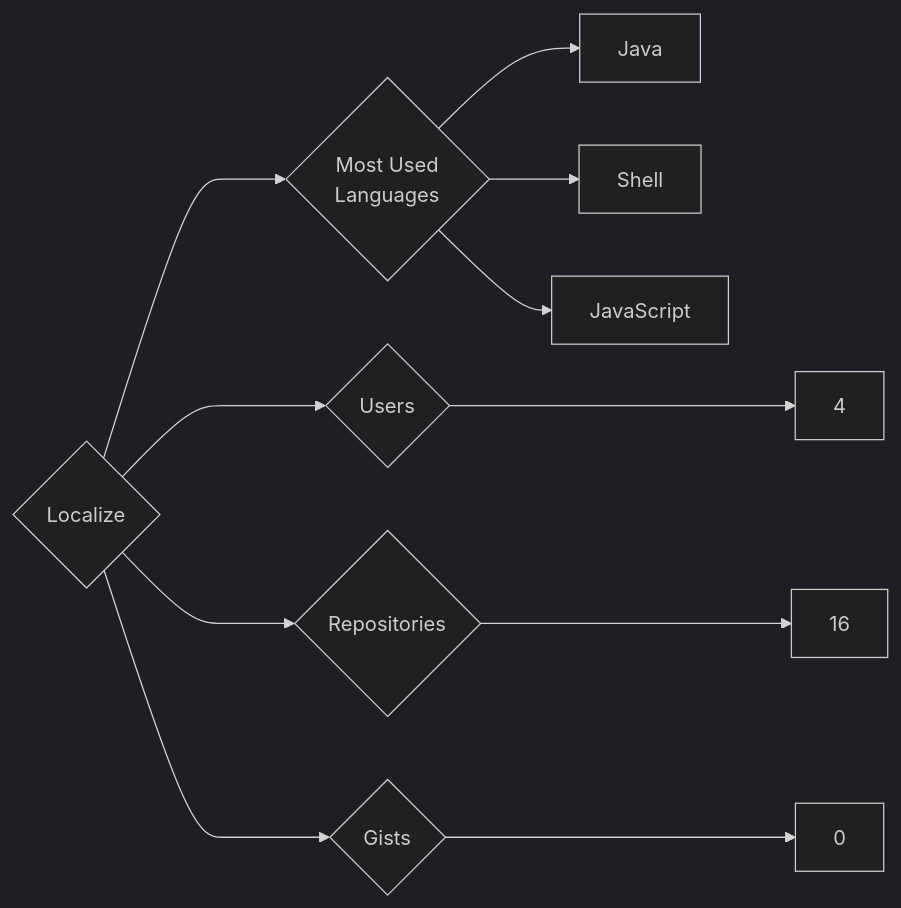
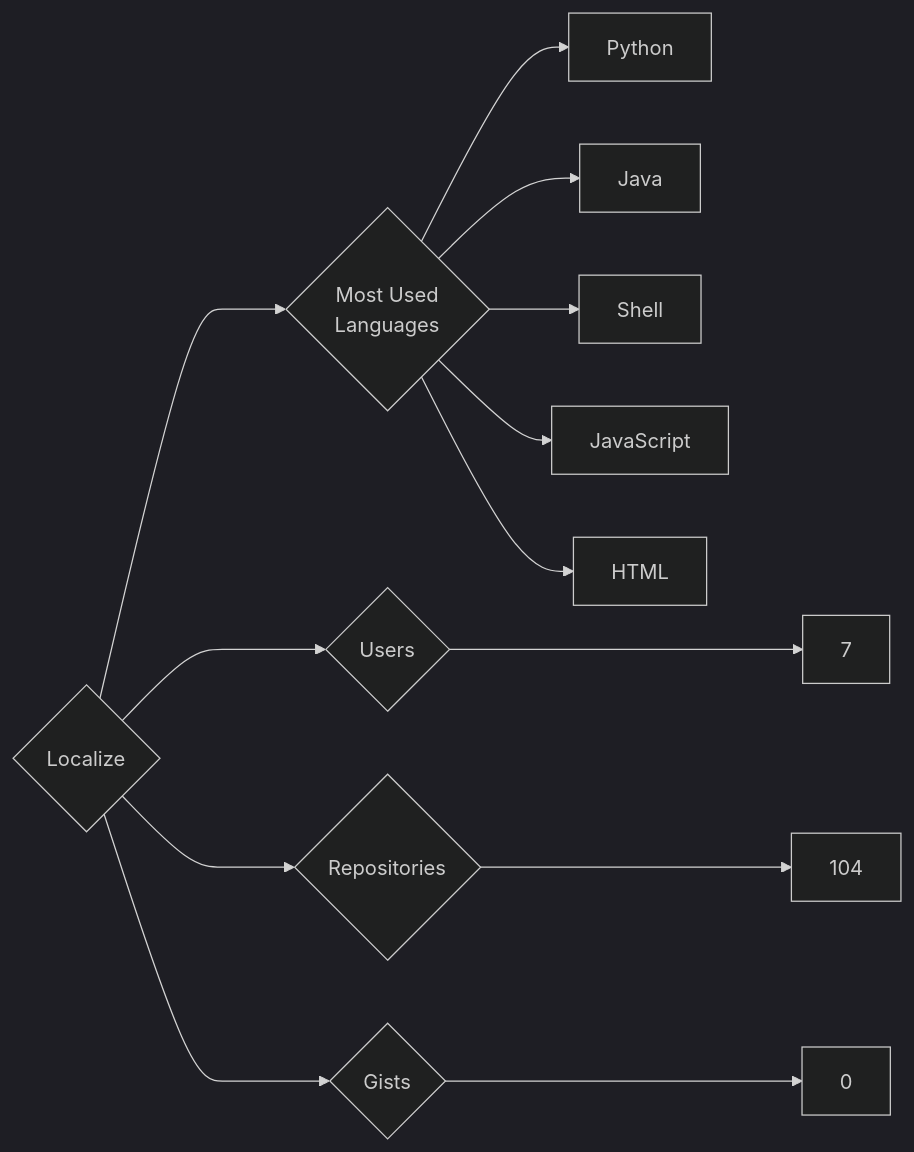
One commit to trickest/insiders changed the diagram in targets/Localize/README.md. Above: the diagram before and after it, drawn with Mermaid (dark theme). The commit also changed 720 other files, not shown here.

````diff
--- a/targets/Localize/README.md
+++ b/targets/Localize/README.md
@@ -3,11 +3,13 @@
 ```mermaid
 graph LR
 COMPANY_NAME{Localize}
-COMPANY_NAME ---> U{Users} ---> UN[4]
-COMPANY_NAME ---> R{Repositories} ---> RN[16]
+COMPANY_NAME ---> U{Users} ---> UN[7]
+COMPANY_NAME ---> R{Repositories} ---> RN[104]
 COMPANY_NAME ---> G{Gists} ---> GN[0]
 COMPANY_NAME ---> ML{Most Used<br>Languages}
+ML --> Python[Python]
 ML --> Java[Java]
 ML --> Shell[Shell]
 ML --> JavaScript[JavaScript]
+ML --> HTML[HTML]
 ```
````
